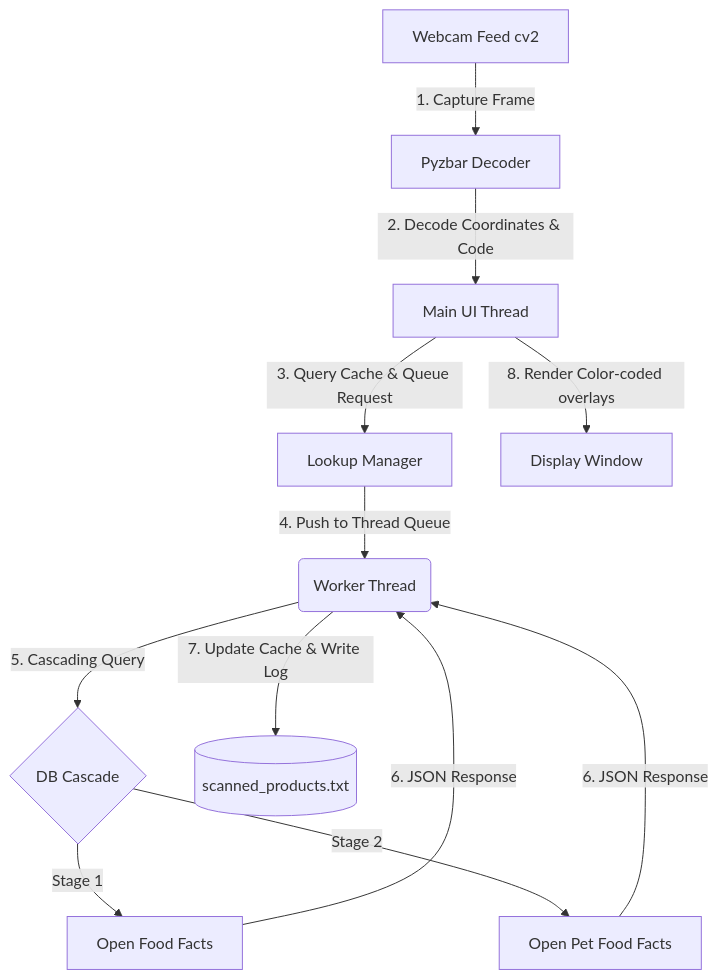
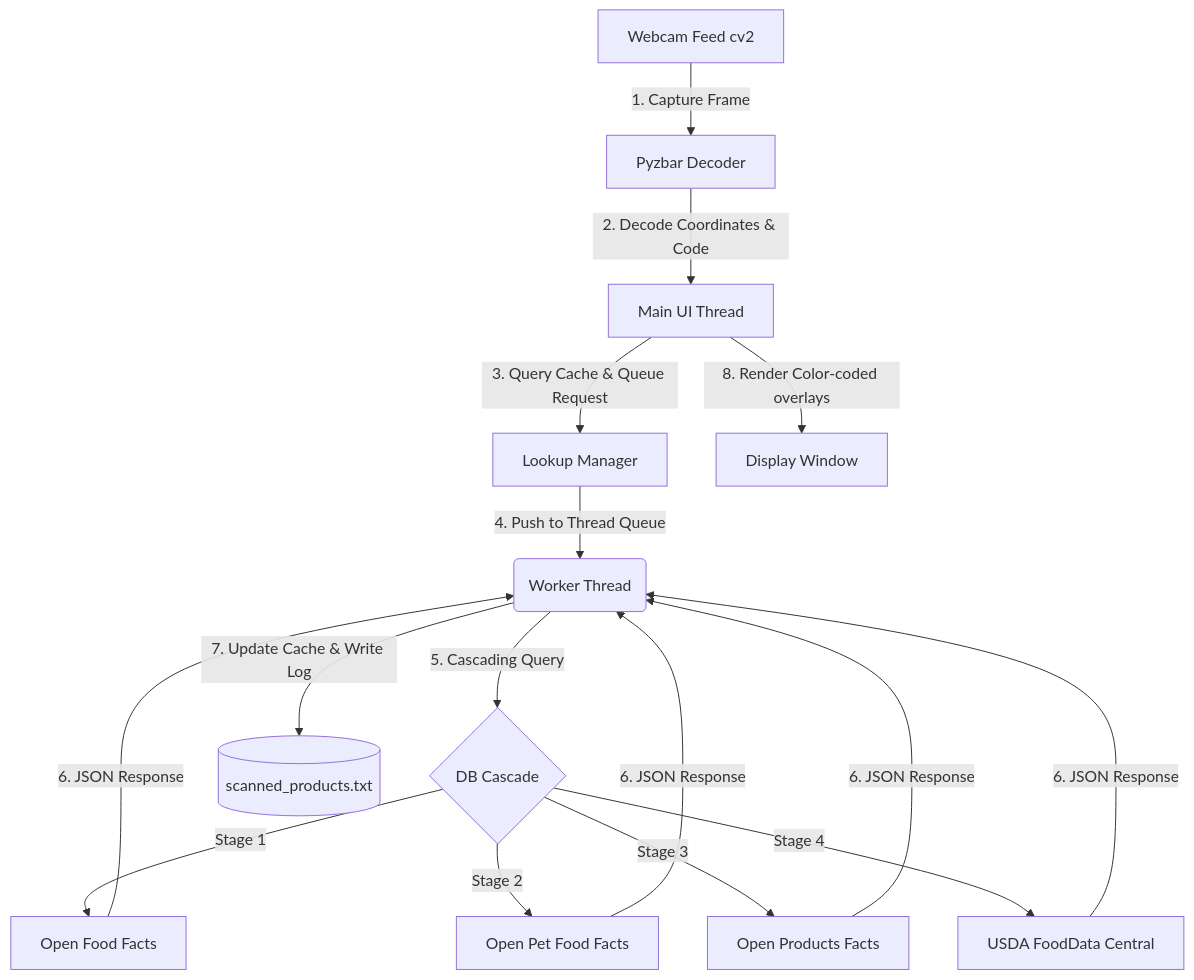
Before and after one commit to ANISHYADAV19/Barcode-Scanner-Food-Tracker: the diagram in README.md, drawn with Mermaid. The commit also changed other lines of this file and 4 other files, not shown here.

Commit message:
Enhance barcode lookup process: implement 4-stage cascading API architecture to include Open Products Facts and USDA FoodData Central for improved product resolution and nutritional information.

````diff
--- a/README.md
+++ b/README.md
@@ -27,13 +29,15 @@
 ```mermaid
 graph TD
     A[Webcam Feed cv2] -->|1. Capture Frame| B[Pyzbar Decoder]
     B -->|2. Decode Coordinates & Code| C[Main UI Thread]
     C -->|3. Query Cache & Queue Request| D[Lookup Manager]
     D -->|4. Push to Thread Queue| E(Worker Thread)
     E -->|5. Cascading Query| F{DB Cascade}
     F -->|Stage 1| G[Open Food Facts]
     F -->|Stage 2| H[Open Pet Food Facts]
-    G & H -->|6. JSON Response| E
+    F -->|Stage 3| I[Open Products Facts]
+    F -->|Stage 4| J[USDA FoodData Central]
+    G & H & I & J -->|6. JSON Response| E
     E -->|7. Update Cache & Write Log| N[(scanned_products.txt)]
     C -->|8. Render Color-coded overlays| O[Display Window]
 ```
````
